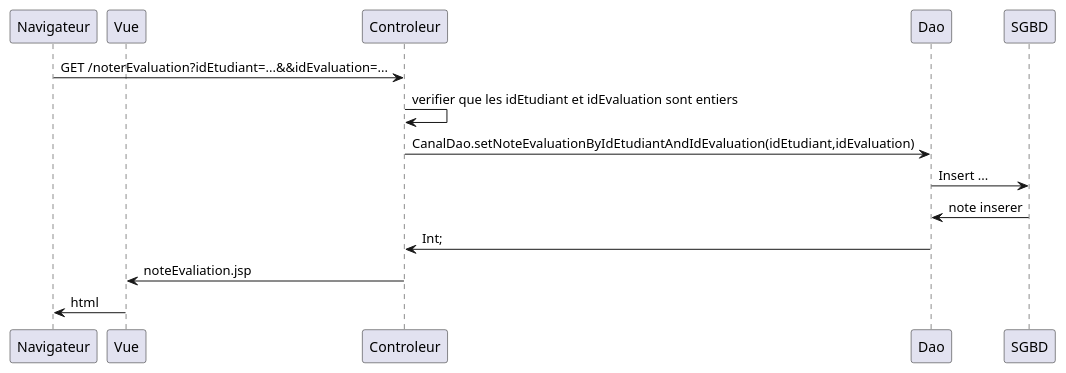
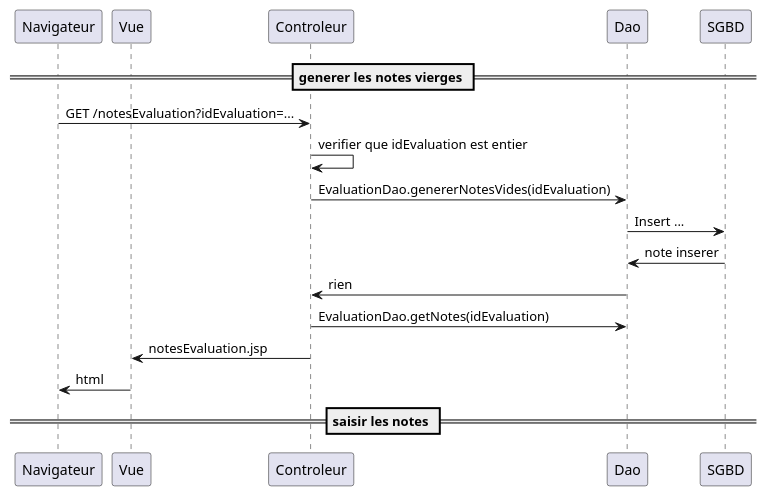
Before and after one commit to michel-plasse/siomassy2021: the diagram in src/main/webapp/doc/saisirNoteEvaluation.puml, drawn with PlantUML. The commit also changed other lines of this file and 5 other files, not shown here.

```diff
--- a/src/main/webapp/doc/saisirNoteEvaluation.puml
+++ b/src/main/webapp/doc/saisirNoteEvaluation.puml
@@ -1,15 +1,17 @@
 @startuml
 ' par défaut, les couches sont disposées dans l'ordre d'apparition
 ' nous utilison participant pour préciser qu'après Navigateur il y a Vue et non Controleur
 participant Navigateur
 participant Vue
-
-Navigateur -> Controleur: GET /noterEvaluation?idEtudiant=...&&idEvaluation=...
-Controleur -> Controleur: verifier que les idEtudiant et idEvaluation sont entiers
-Controleur -> Dao: CanalDao.setNoteEvaluationByIdEtudiantAndIdEvaluation(idEtudiant,idEvaluation)
+== generer les notes vierges ==
+Navigateur -> Controleur: GET /notesEvaluation?idEvaluation=...
+Controleur -> Controleur: verifier que idEvaluation est entier
+Controleur -> Dao: EvaluationDao.genererNotesVides(idEvaluation)
 Dao -> SGBD: Insert ...
 SGBD -> Dao: note inserer
-Dao -> Controleur: Int;
-Controleur -> Vue: noteEvaliation.jsp
+Dao -> Controleur:rien
+Controleur -> Dao : EvaluationDao.getNotes(idEvaluation)
+Controleur -> Vue: notesEvaluation.jsp
 Vue -> Navigateur: html
+== saisir les notes ==
 @enduml
```
